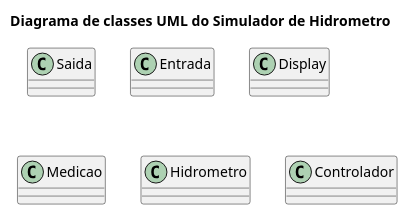
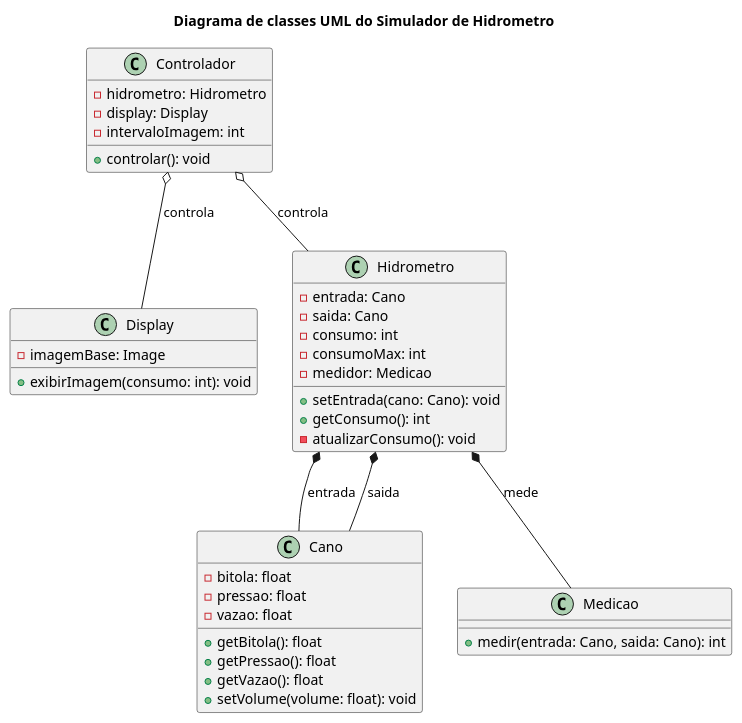
One commit to JeffersonAmorimdaCosta/simulador-hidrometro changed the diagram in docs/diagrama.puml. Above: the diagram before and after it, drawn with PlantUML.

Commit message:
:books: docs: first version of the class diagram UML

```diff
--- a/docs/diagrama.puml
+++ b/docs/diagrama.puml
@@ -1,28 +1,51 @@
 @startuml
 title Diagrama de classes UML do Simulador de Hidrometro
 
-class Saida {
+class Cano {
+    - bitola: float
+    - pressao: float
+    - vazao: float
 
-}
-
-class Entrada {
-
+    + getBitola(): float
+    + getPressao(): float
+    + getVazao(): float
+    + setVolume(volume: float): void
 }
 
 class Display {
-
+    - imagemBase: Image
+    + exibirImagem(consumo: int): void
 }
 
 class Medicao {
-
+    + medir(entrada: Cano, saida: Cano): int
 }
 
 class Hidrometro {
+    - entrada: Cano
+    - saida: Cano
+    - consumo: int
+    - consumoMax: int
+    - medidor: Medicao
 
+    + setEntrada(cano: Cano): void
+    + getConsumo(): int
+    - atualizarConsumo(): void
 }
 
 class Controlador {
+    - hidrometro: Hidrometro
+    - display: Display
+    - intervaloImagem: int
 
+    + controlar(): void
 }
 
+'--- Relações ---
+Hidrometro *-- Cano : entrada
+Hidrometro *-- Cano : saida
+Hidrometro *-- Medicao: mede
+Controlador o-- Hidrometro : controla
+Controlador o-- Display : controla
+
 @enduml
```
